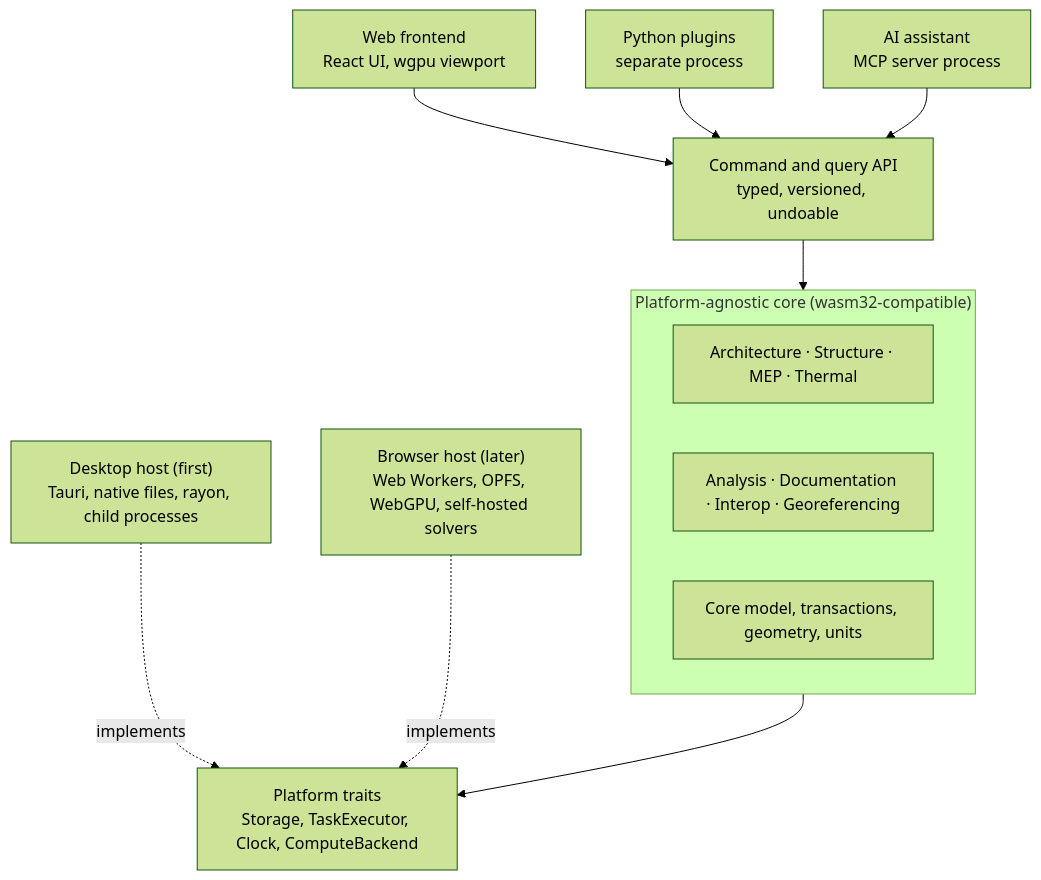
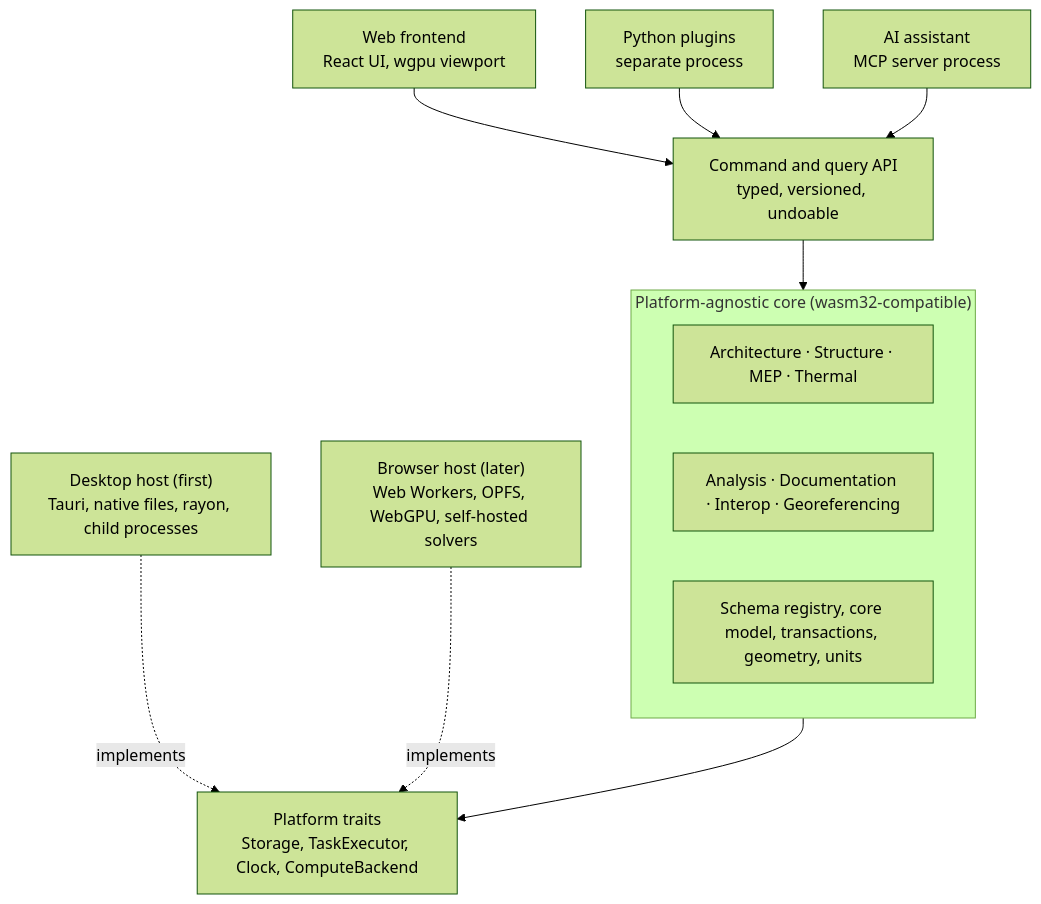
Before and after one commit to GuillaumeOj/BIMCraft: the diagram in docs/specifications.md, drawn with Mermaid (forest theme). The commit also changed other lines of this file, not shown here.

First line of the commit message:
docs(spec): align schema-gen outputs and plugin entity rules

````diff
--- a/docs/specifications.md
+++ b/docs/specifications.md
@@ -61,15 +61,15 @@
 ```mermaid
 flowchart TD
     UI["Web frontend<br/>React UI, wgpu viewport"] --> API
     PY["Python plugins<br/>separate process"] --> API
     AI["AI assistant<br/>MCP server process"] --> API
     API["Command and query API<br/>typed, versioned, undoable"] --> CORE
     subgraph CORE["Platform-agnostic core (wasm32-compatible)"]
         DISC["Architecture · Structure · MEP · Thermal"]
         SVC["Analysis · Documentation · Interop · Georeferencing"]
-        KERNEL["Core model, transactions, geometry, units"]
+        KERNEL["Schema registry, core model, transactions, geometry, units"]
     end
     CORE --> TRAITS["Platform traits<br/>Storage, TaskExecutor, Clock, ComputeBackend"]
     DESK["Desktop host (first)<br/>Tauri, native files, rayon, child processes"] -. implements .-> TRAITS
     WEB["Browser host (later)<br/>Web Workers, OPFS, WebGPU, self-hosted solvers"] -. implements .-> TRAITS
 ```
````
